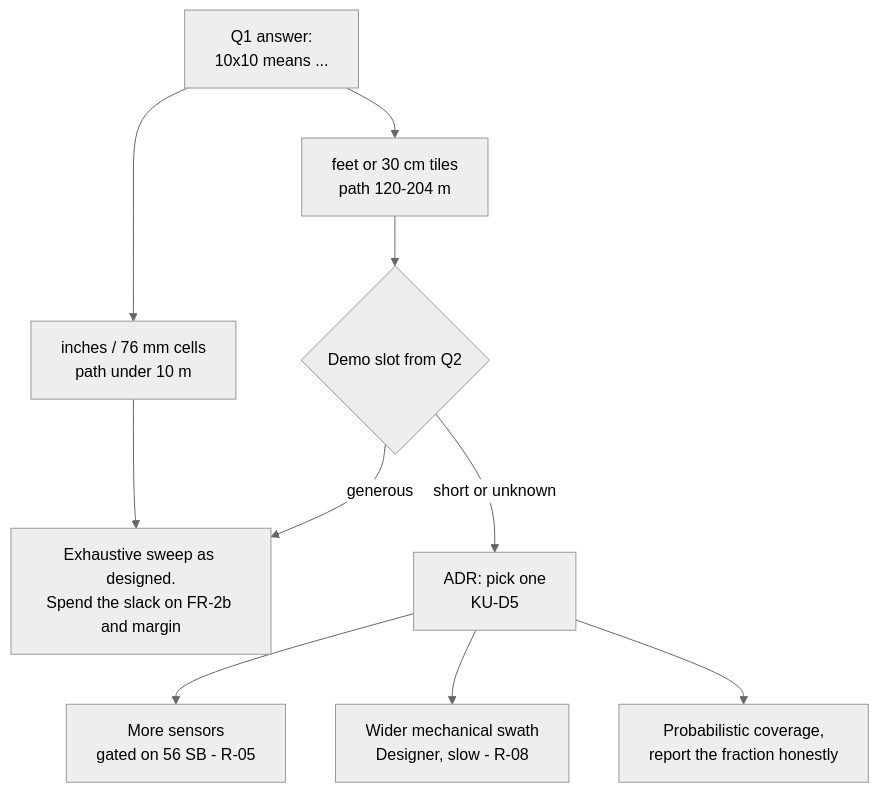
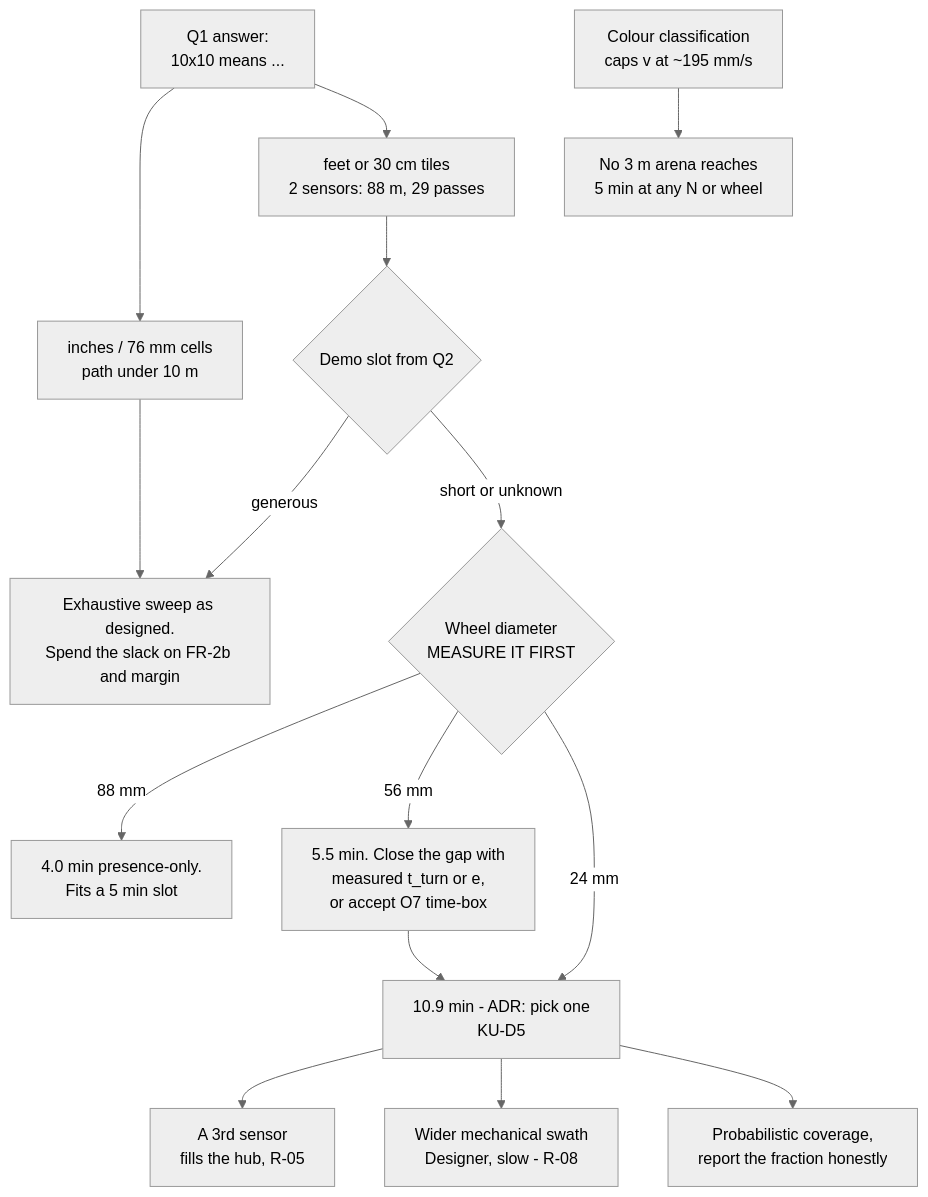
Before and after one commit to erauredeyesociety/sys301_minesweeper: the diagram in docs/plans/risk-register.md, drawn with Mermaid (neutral theme). The commit also changed other lines of this file and 45 other files, not shown here.

First line of the commit message:
Record drive checkpoint, colour first-look, BLE bring-up, and 4 research briefs

````diff
--- a/docs/plans/risk-register.md
+++ b/docs/plans/risk-register.md
@@ -106,12 +135,17 @@
 ```mermaid
 flowchart TD
     Q["Q1 answer:<br/>10x10 means ..."] --> SMALL["inches / 76 mm cells<br/>path under 10 m"]
-    Q --> BIG["feet or 30 cm tiles<br/>path 120-204 m"]
+    Q --> BIG["feet or 30 cm tiles<br/>2 sensors: 88 m, 29 passes"]
     SMALL --> KEEP["Exhaustive sweep as designed.<br/>Spend the slack on FR-2b and margin"]
     BIG --> SLOT{"Demo slot from Q2"}
     SLOT -->|"generous"| KEEP
-    SLOT -->|"short or unknown"| TRADE["ADR: pick one<br/>KU-D5"]
-    TRADE --> A["More sensors<br/>gated on 56 SB - R-05"]
+    SLOT -->|"short or unknown"| WHEEL{"Wheel diameter<br/>MEASURE IT FIRST"}
+    WHEEL -->|"88 mm"| FITS["4.0 min presence-only.<br/>Fits a 5 min slot"]
+    WHEEL -->|"56 mm"| EDGE["5.5 min. Close the gap with<br/>measured t_turn or e,<br/>or accept O7 time-box"]
+    WHEEL -->|"24 mm"| TRADE["10.9 min - ADR: pick one<br/>KU-D5"]
+    EDGE --> TRADE
+    TRADE --> A["A 3rd sensor<br/>fills the hub, R-05"]
     TRADE --> B["Wider mechanical swath<br/>Designer, slow - R-08"]
     TRADE --> C["Probabilistic coverage,<br/>report the fraction honestly"]
+    CLS["Colour classification<br/>caps v at ~195 mm/s"] --> NEVER["No 3 m arena reaches<br/>5 min at any N or wheel"]
 ```
````
